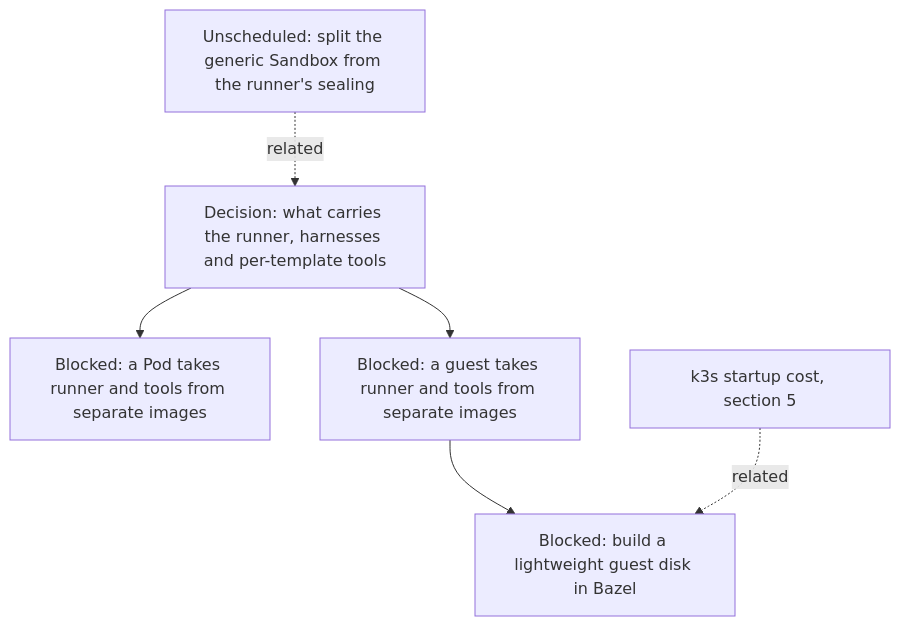
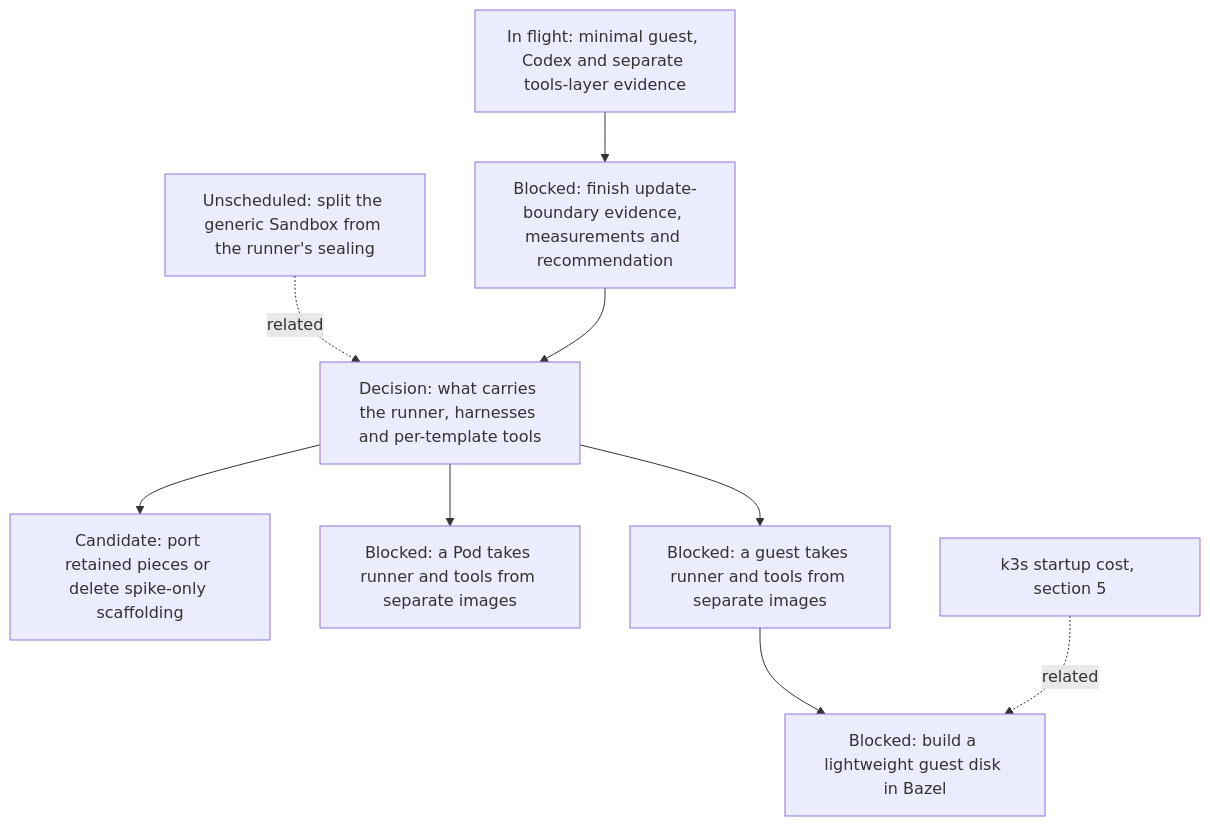
Before and after one commit to agentydragon-agent/ducktape: diagram 11 of 16 in agentplane/plans/task_dag.md, drawn with Mermaid. The commit also changed other lines of this file and 12 other files, not shown here.

First line of the commit message:
Spike minimal Agentplane runner and tools layers (#10712)

````diff
--- a/agentplane/plans/task_dag.md
+++ b/agentplane/plans/task_dag.md
@@ -910,10 +910,16 @@
 ```mermaid
 flowchart TD
     SANDBOX_GENERIC_SPLIT[Unscheduled: split the generic Sandbox from the runner's sealing]
     RUNNER_IMAGE_LAYERING_DESIGN[Decision: what carries the runner, harnesses and per-template tools]
+    RUNNER_LAYERING_SPIKE[In flight: minimal guest, Codex and separate tools-layer evidence]
+    RUNNER_LAYERING_SPIKE_EXIT[Blocked: finish update-boundary evidence, measurements and recommendation]
+    RUNNER_LAYERING_SPIKE_RETIRE[Candidate: port retained pieces or delete spike-only scaffolding]
     SANDBOX_GENERIC_SPLIT -. related .-> RUNNER_IMAGE_LAYERING_DESIGN
+    RUNNER_LAYERING_SPIKE --> RUNNER_LAYERING_SPIKE_EXIT
+    RUNNER_LAYERING_SPIKE_EXIT --> RUNNER_IMAGE_LAYERING_DESIGN
+    RUNNER_IMAGE_LAYERING_DESIGN --> RUNNER_LAYERING_SPIKE_RETIRE
     RUNNER_IMAGE_LAYERING_DESIGN --> RUNNER_LAYERING_POD[Blocked: a Pod takes runner and tools from separate images]
     RUNNER_IMAGE_LAYERING_DESIGN --> RUNNER_LAYERING_VM[Blocked: a guest takes runner and tools from separate images]
     RUNNER_LAYERING_VM --> K3S_VM_IMAGE[Blocked: build a lightweight guest disk in Bazel]
     K3S_STARTUP_COST[k3s startup cost, section 5] -. related .-> K3S_VM_IMAGE
 ```
````
